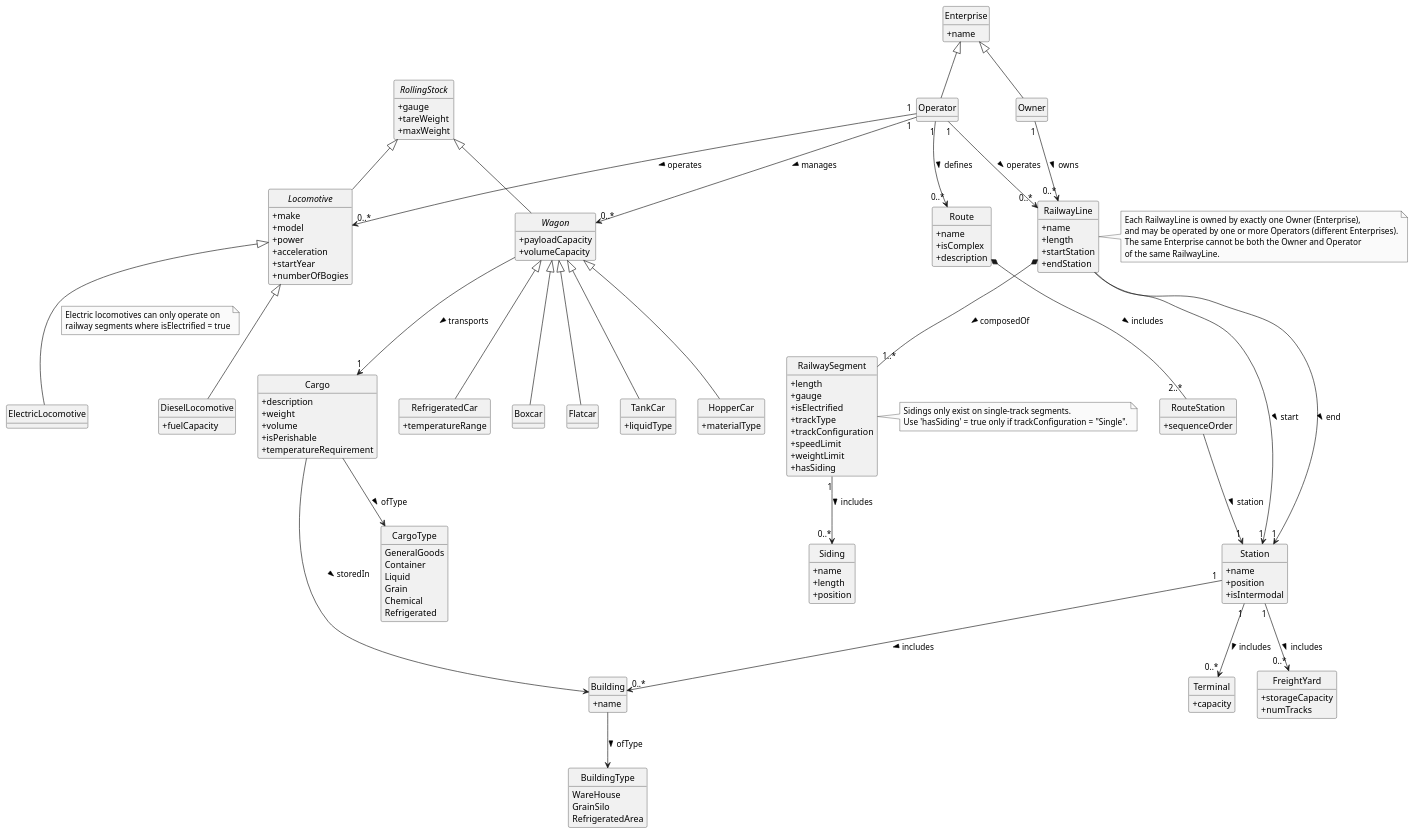
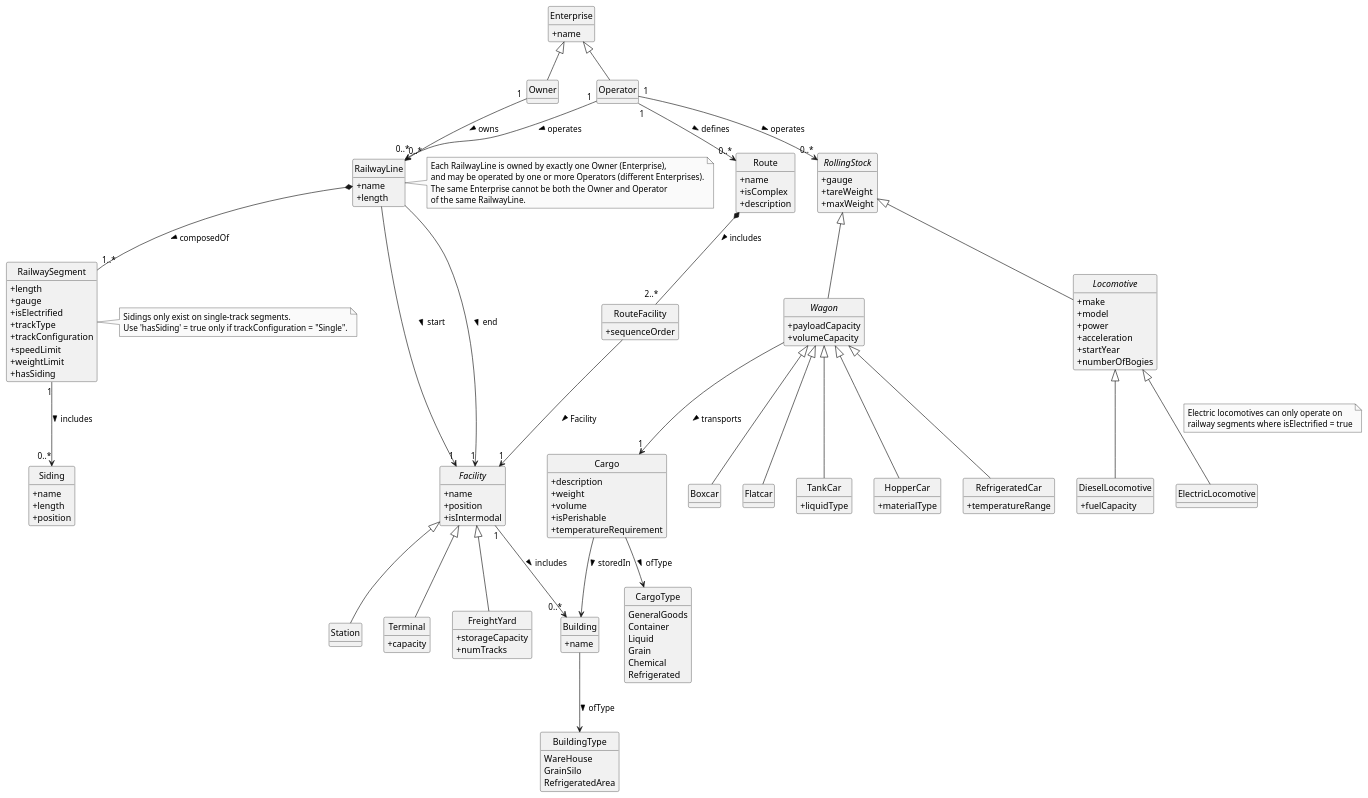
Before and after one commit to goncalolopesp/sem3-pi-25-26-g093-repo: the diagram in definitive-structure/doc/global-artifacts/02.analysis/puml/domain-model.puml, drawn with PlantUML. The commit also changed 7 other files, not shown here.

```diff
--- a/definitive-structure/doc/global-artifacts/02.analysis/puml/domain-model.puml
+++ b/definitive-structure/doc/global-artifacts/02.analysis/puml/domain-model.puml
@@ -1,174 +1,174 @@
 @startuml
 hide circle
 hide methods
 skinparam monochrome true
 skinparam classAttributeIconSize 0
 skinparam shadowing false
 
-class Station {
+abstract class Facility {
   +name
   +position
   +isIntermodal
 }
 
+class Station {}
+class Terminal {
+  +capacity
+}
+class FreightYard {
+  +storageCapacity
+  +numTracks
+}
+
+Facility <|-- Station
+Facility <|-- Terminal
+Facility <|-- FreightYard
+
+
 class RailwayLine {
   +name
   +length
-  +startStation
-  +endStation
 }
 class RailwaySegment {
   +length
   +gauge
   +isElectrified
   +trackType
   +trackConfiguration
   +speedLimit
   +weightLimit
   +hasSiding
 }
 
 RailwayLine *-- "1..*" RailwaySegment : composedOf >
-RailwayLine --> "1" Station : start >
-RailwayLine --> "1" Station : end >
+RailwayLine --> "1" Facility : start >
+RailwayLine --> "1" Facility : end >
 
 class Enterprise {
   +name
 }
 class Owner {
 }
 class Operator {
 }
 Enterprise <|-- Owner
 Enterprise <|-- Operator
 
 Owner "1" --> "0..*" RailwayLine : owns >
 
 abstract class RollingStock {
   +gauge
   +tareWeight
   +maxWeight
 }
 
 abstract class Locomotive {
   +make
   +model
   +power
   +acceleration
   +startYear
   +numberOfBogies
 }
 class DieselLocomotive {
   +fuelCapacity
 }
 class ElectricLocomotive {
 }
 Locomotive <|-- DieselLocomotive
 Locomotive <|-- ElectricLocomotive
 
 note on link
   Electric locomotives can only operate on
   railway segments where isElectrified = true
 end note
 
 abstract class Wagon {
   +payloadCapacity
   +volumeCapacity
 }
 class Boxcar {}
 class Flatcar {}
 class TankCar {
   +liquidType
 }
 class HopperCar {
   +materialType
 }
 class RefrigeratedCar {
   +temperatureRange
 }
 Wagon <|-- Boxcar
 Wagon <|-- Flatcar
 Wagon <|-- TankCar
 Wagon <|-- HopperCar
 Wagon <|-- RefrigeratedCar
 
-Operator "1" --> "0..*" Locomotive : operates >
-Operator "1" --> "0..*" Wagon : manages >
+Operator "1" --> "0..*" RollingStock : operates >
 
 class  Cargo {
   +description
   +weight
   +volume
   +isPerishable
   +temperatureRequirement
 }
 enum CargoType {
   GeneralGoods
   Container
   Liquid
   Grain
   Chemical
   Refrigerated
 }
 Cargo --> CargoType : ofType >
 Wagon --> "1" Cargo : transports >
 
 class Route {
   +name
   +isComplex
   +description
 }
-class RouteStation {
+class RouteFacility {
   +sequenceOrder
 }
-Route *-- "2..*" RouteStation : includes >
-RouteStation --> "1" Station : station >
+Route *-- "2..*" RouteFacility : includes >
+RouteFacility --> "1" Facility : Facility >
 
 class Building {
   +name
 }
 enum BuildingType {
   WareHouse
   GrainSilo
   RefrigeratedArea
 }
 Building --> BuildingType : ofType >
-Station "1" --> "0..*" Building : includes >
+Facility "1" --> "0..*" Building : includes >
 Operator "1" --> "0..*" Route : defines >
 Cargo --> Building : storedIn >
 Operator "1" --> "0..*" RailwayLine : operates >
 
 note right of RailwayLine
   Each RailwayLine is owned by exactly one Owner (Enterprise),
   and may be operated by one or more Operators (different Enterprises).
   The same Enterprise cannot be both the Owner and Operator
   of the same RailwayLine.
 end note
 
 RollingStock <|-- Locomotive
 RollingStock <|-- Wagon
 
-class Terminal{
-+capacity
-}
-
-class FreightYard{
-+storageCapacity
-+numTracks
-}
-
-Station "1" --> "0..*" Terminal : includes >
-Station "1" --> "0..*" FreightYard : includes >
 
 class Siding {
   +name
   +length
   +position
 }
 
 note right of RailwaySegment
   Sidings only exist on single-track segments.
   Use 'hasSiding' = true only if trackConfiguration = "Single".
 end note
 RailwaySegment "1" --> "0..*" Siding : includes >
 @enduml
```
